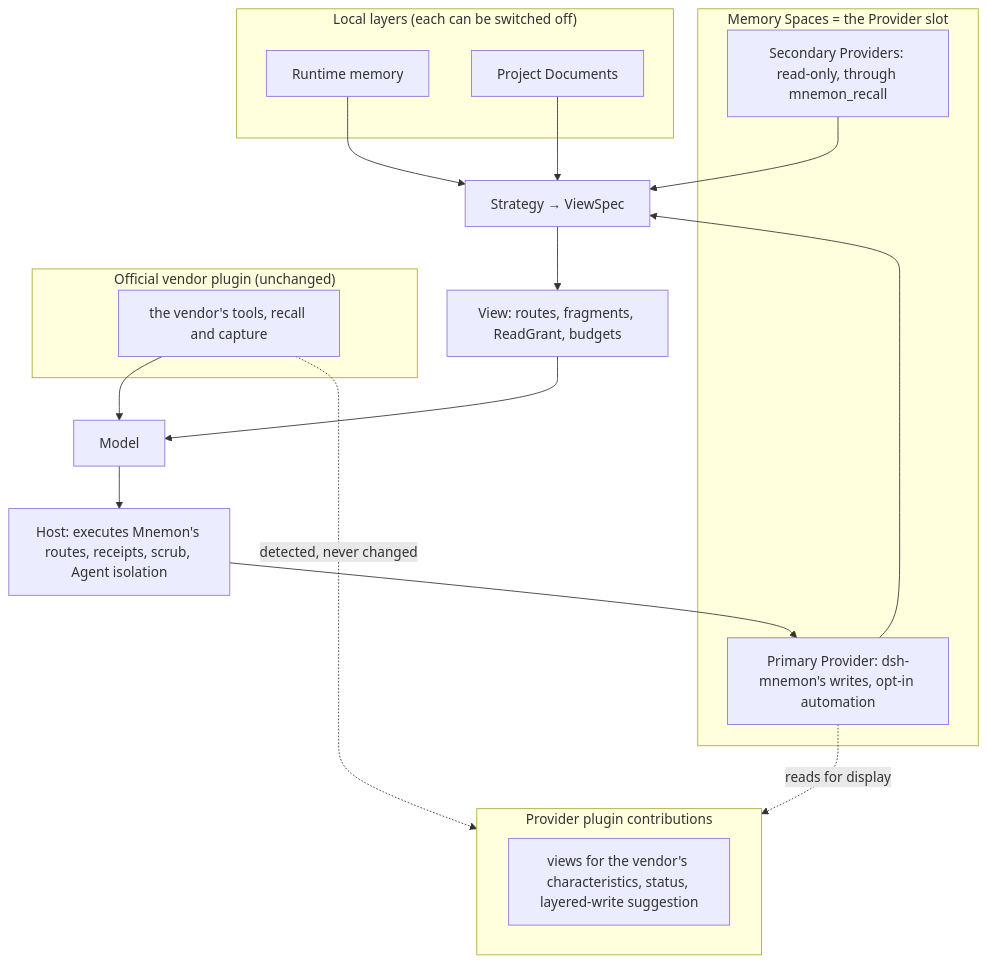
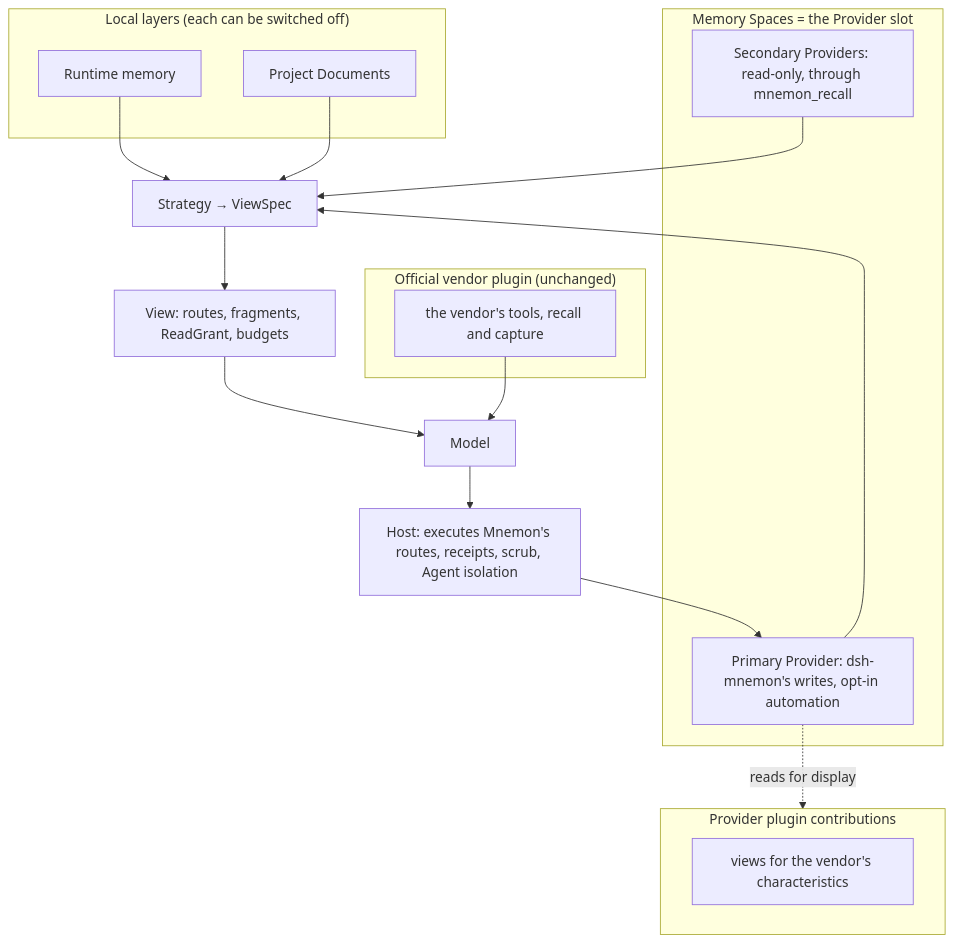
The diagram in docs/plans/memory-provider-strategy.md (LAN-SHH/dsh-mnemon), drawn with Mermaid before and after one commit. The commit also changed other lines of this file and 1 other file, not shown here.

First line of the commit message:
docs(plans): do not optimize for official vendor plugins

````diff
--- a/docs/plans/memory-provider-strategy.md
+++ b/docs/plans/memory-provider-strategy.md
@@ -93,28 +94,27 @@
 ```mermaid
 flowchart TB
   subgraph Local["Local layers (each can be switched off)"]
     RT["Runtime memory"]
     DOC["Project Documents"]
   end
   subgraph Slot["Memory Spaces = the Provider slot"]
     P["Primary Provider: dsh-mnemon's writes, opt-in automation"]
     S["Secondary Providers: read-only, through mnemon_recall"]
   end
   subgraph Official["Official vendor plugin (unchanged)"]
     VT["the vendor's tools, recall and capture"]
   end
   subgraph Views["Provider plugin contributions"]
-    V["views for the vendor's characteristics, status, layered-write suggestion"]
+    V["views for the vendor's characteristics"]
   end
   RT --> Strategy["Strategy → ViewSpec"]
   DOC --> Strategy
   P --> Strategy
   S --> Strategy
   Strategy --> View["View: routes, fragments, ReadGrant, budgets"]
   View --> Model["Model"]
   VT --> Model
   Model --> Host["Host: executes Mnemon's routes, receipts, scrub, Agent isolation"]
   Host --> P
   P -. reads for display .-> Views
-  VT -. detected, never changed .-> Views
 ```
````
